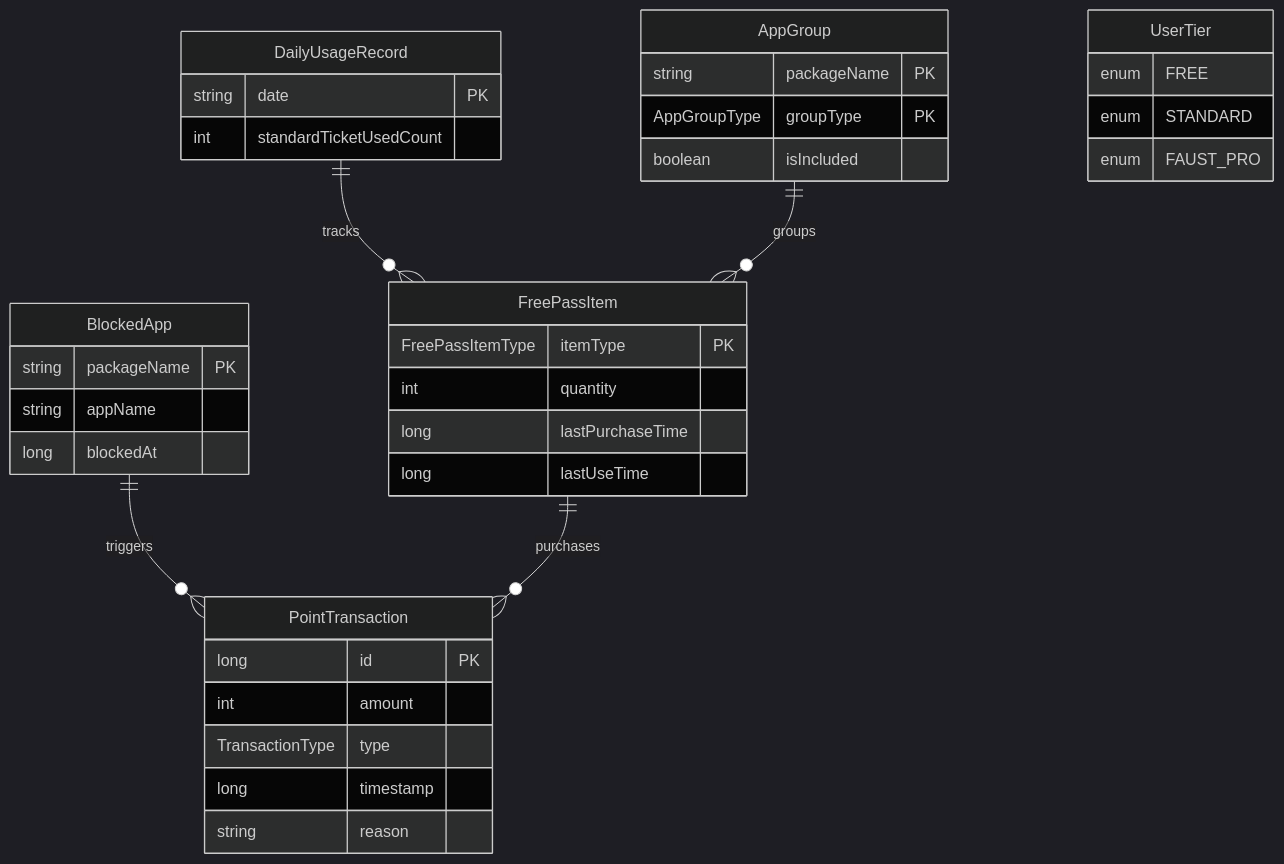
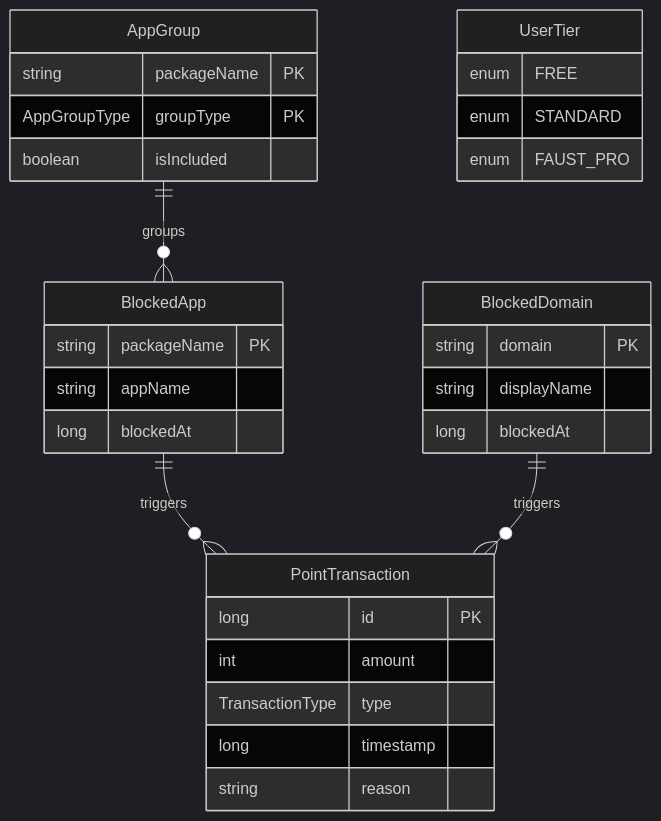
The diagram in docs/arch_data.md (KDG12054345/-), drawn with Mermaid (dark theme) before and after one commit. The commit also changed other lines of this file and 44 other files, not shown here.

````diff
--- a/docs/arch_data.md
+++ b/docs/arch_data.md
@@ -13,45 +13,38 @@
 ```mermaid
 erDiagram
     BlockedApp ||--o{ PointTransaction : "triggers"
-    FreePassItem ||--o{ PointTransaction : "purchases"
-    DailyUsageRecord ||--o{ FreePassItem : "tracks"
-    AppGroup ||--o{ FreePassItem : "groups"
+    BlockedDomain ||--o{ PointTransaction : "triggers"
+    AppGroup ||--o{ BlockedApp : "groups"
     
     BlockedApp {
         string packageName PK
         string appName
+        long blockedAt
+    }
+    
+    BlockedDomain {
+        string domain PK
+        string displayName
         long blockedAt
     }
     
     PointTransaction {
         long id PK
         int amount
         TransactionType type
         long timestamp
         string reason
-    }
-    
-    FreePassItem {
-        FreePassItemType itemType PK
-        int quantity
-        long lastPurchaseTime
-        long lastUseTime
-    }
-    
-    DailyUsageRecord {
-        string date PK
-        int standardTicketUsedCount
     }
     
     AppGroup {
         string packageName PK
         AppGroupType groupType PK
         boolean isIncluded
     }
     
     UserTier {
         enum FREE
         enum STANDARD
         enum FAUST_PRO
     }
 ```
````
